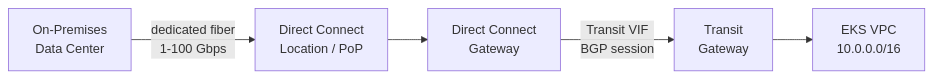
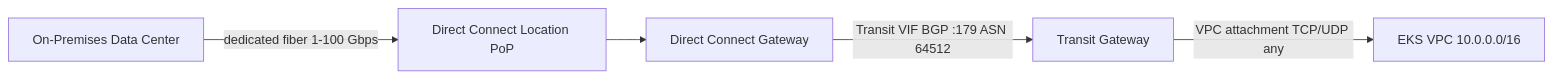
Before and after one commit to MykolaLebid/Kubernetes_networking_engineering: the fourth of 4 diagrams in lessons/32-aws-hybrid-multicluster.md, drawn with Mermaid. The commit also changed other lines of this file and 35 other files, not shown here.

First line of the commit message:
Restructure all 34 lessons: Theory/Practice split, richer diagrams, industry examples, navigation

````diff
--- a/lessons/32-aws-hybrid-multicluster.md
+++ b/lessons/32-aws-hybrid-multicluster.md
@@ -232,7 +229,7 @@
 ```mermaid
 flowchart LR
-    DC[On-Premises\nData Center] -->|dedicated fiber\n1-100 Gbps| DXLoc[Direct Connect\nLocation / PoP]
-    DXLoc --> DXGW[Direct Connect\nGateway]
-    DXGW -->|Transit VIF\nBGP session| TGW[Transit\nGateway]
-    TGW --> EKS[EKS VPC\n10.0.0.0/16]
+    DC["On-Premises Data Center"] --"dedicated fiber 1-100 Gbps"--> DXLoc["Direct Connect Location PoP"]
+    DXLoc --> DXGW["Direct Connect Gateway"]
+    DXGW --"Transit VIF BGP :179 ASN 64512"--> TGW["Transit Gateway"]
+    TGW --"VPC attachment TCP/UDP any"--> EKS["EKS VPC 10.0.0.0/16"]
 ```
````
